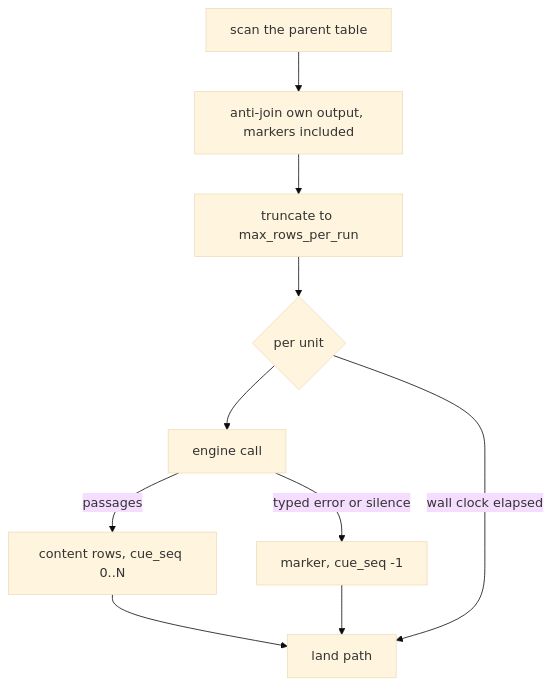
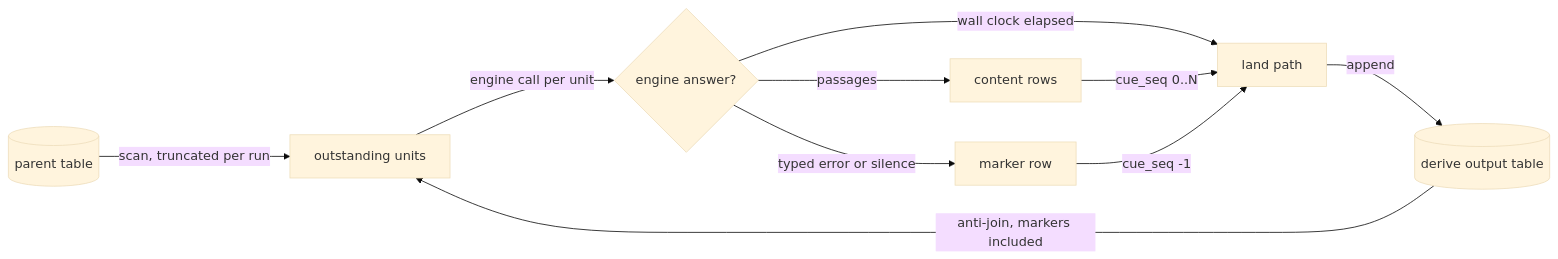
The fourth of 4 diagrams in spec/32-derive.md (fractalboxdev/contextful), drawn with Mermaid (base theme) before and after one commit. The commit also changed other lines of this file and 31 other files, not shown here.

First line of the commit message:
spec: every diagram draws things as nodes and what flows as labelled edges

````diff
--- a/spec/32-derive.md
+++ b/spec/32-derive.md
@@ -274,12 +266,12 @@
 ```mermaid
-flowchart TD
-  A["scan the parent table"] --> C["anti-join own output, markers included"]
-  C --> D["truncate to max_rows_per_run"]
-  D --> E{"per unit"}
-  E --> F["engine call"]
-  F -->|passages| G["content rows, cue_seq 0..N"]
-  F -->|typed error or silence| H["marker, cue_seq -1"]
-  G --> I["land path"]
-  H --> I
-  E -->|wall clock elapsed| I
+flowchart LR
+  PT[("parent table")] -->|"scan, truncated per run"| SEL["outstanding units"]
+  OUT[("derive output table")] -->|"anti-join, markers included"| SEL
+  SEL -->|"engine call per unit"| UNIT{"engine answer?"}
+  UNIT -->|"passages"| ROWS["content rows"]
+  UNIT -->|"typed error or silence"| MARK["marker row"]
+  UNIT -->|"wall clock elapsed"| LAND["land path"]
+  ROWS -->|"cue_seq 0..N"| LAND
+  MARK -->|"cue_seq -1"| LAND
+  LAND -->|"append"| OUT
 ```
````
